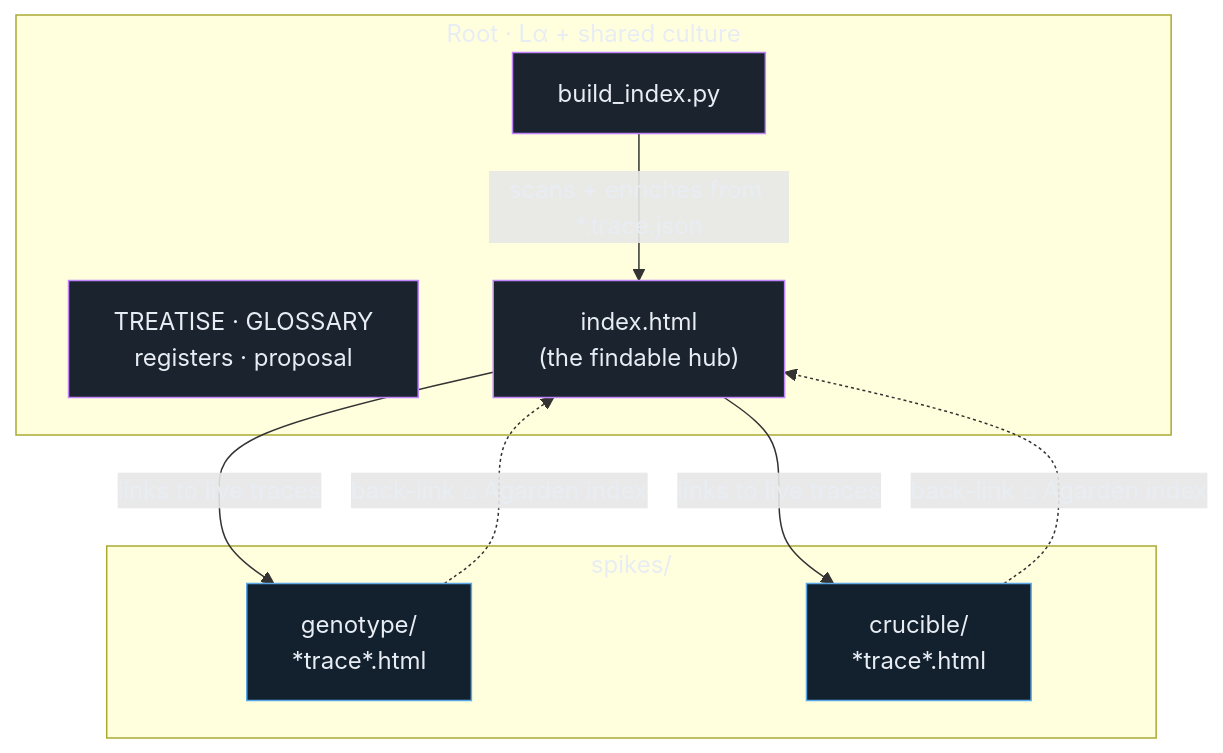
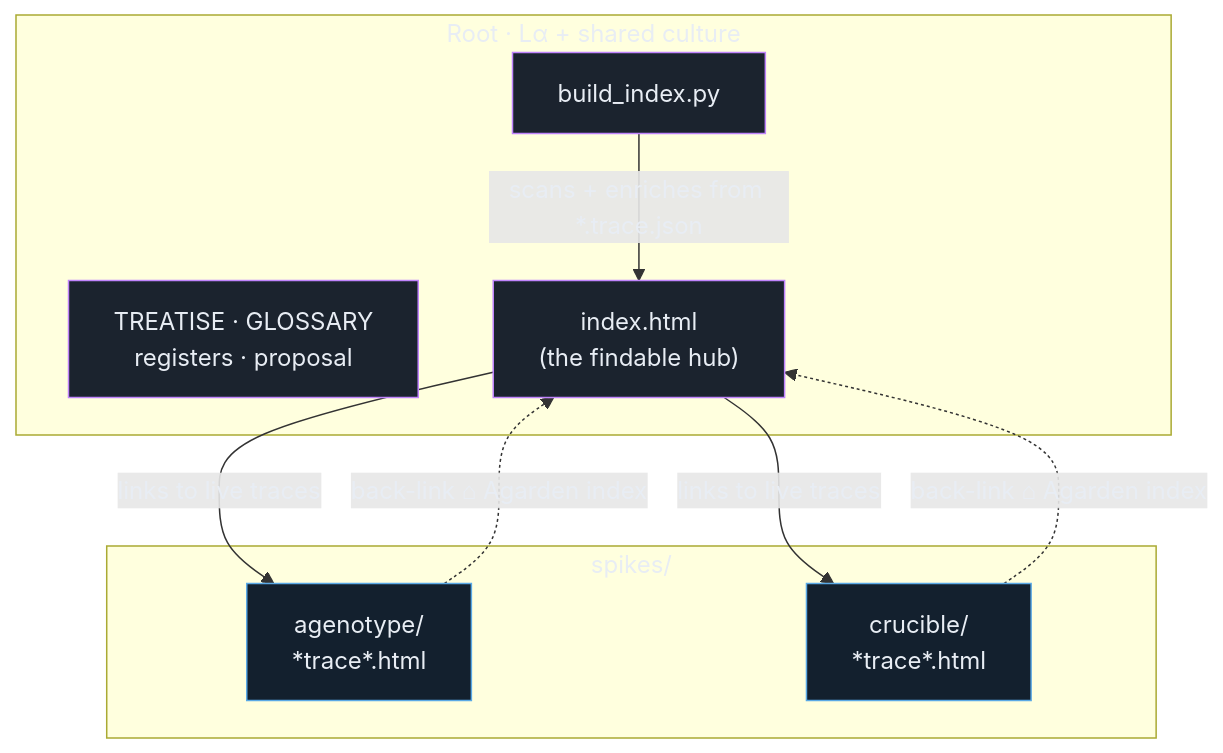
One commit to Doppl-Life/mh-doppl-spike changed the ninth of 9 diagrams in DIAGRAMS.md. Above: the diagram before and after it, drawn with Mermaid. The commit also changed other lines of this file and 12 other files, not shown here.

First line of the commit message:
Refactor terminology and update documentation to replace "genotype" with "agenotype" across multiple files

````diff
--- a/DIAGRAMS.md
+++ b/DIAGRAMS.md
@@ -240,23 +240,23 @@
 ```mermaid
 flowchart TB
   subgraph ROOT["Root · Lα + shared culture"]
     DOCS["TREATISE · GLOSSARY<br/>registers · proposal"]
     BI["build_index.py"]
     IDX["index.html<br/>(the findable hub)"]
   end
   subgraph SPK["spikes/"]
-    G["genotype/<br/>*trace*.html"]
+    G["agenotype/<br/>*trace*.html"]
     C["crucible/<br/>*trace*.html"]
   end
 
   BI -->|"scans + enriches from *.trace.json"| IDX
   IDX -->|"links to live traces"| G
   IDX -->|"links to live traces"| C
   G -.->|"back-link ⌂ Agarden index"| IDX
   C -.->|"back-link ⌂ Agarden index"| IDX
 
   classDef root fill:#1b232e,stroke:#c084fc,color:#e8edf4;
   classDef spike fill:#13202e,stroke:#5aa9e6,color:#e8edf4;
   class DOCS,BI,IDX root;
   class G,C spike;
 ```
````
